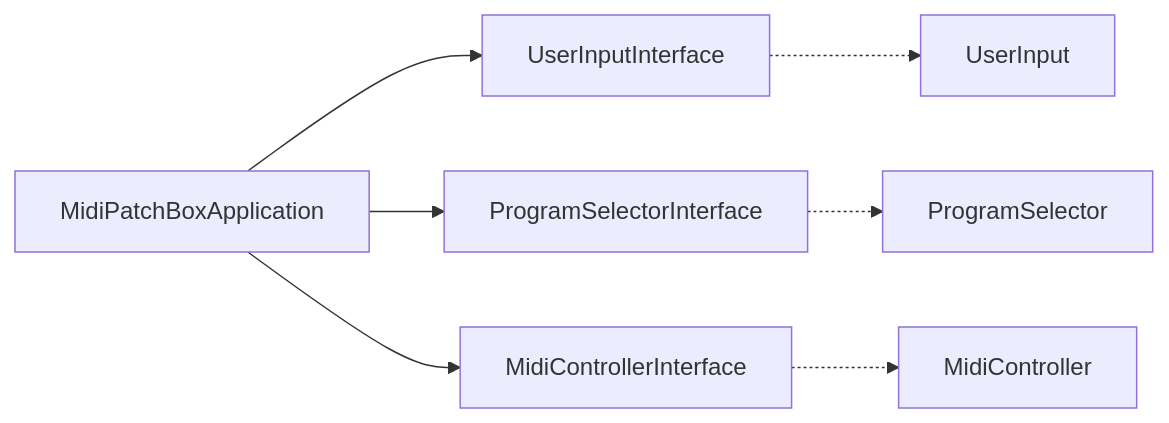
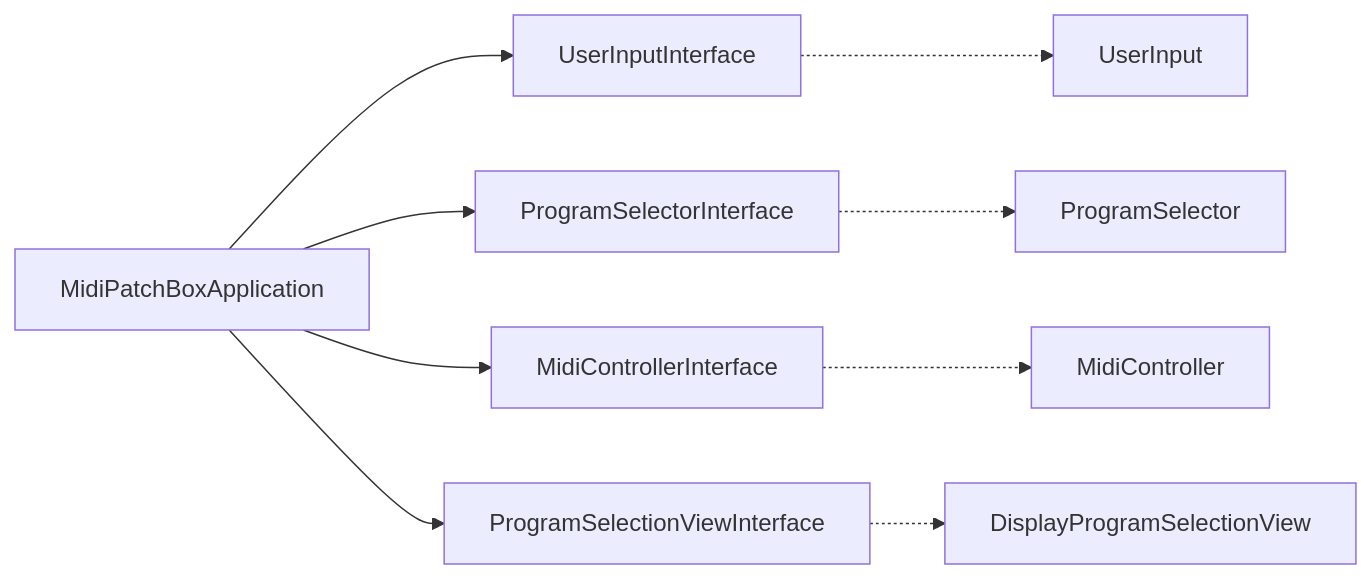
One commit to iv660/midi-patch-box changed the second of 4 diagrams in ARCHITECTURE.md. Above: the diagram before and after it, drawn with Mermaid. The commit also changed other lines of this file and 5 other files, not shown here.

Commit message:
feat: Add view implementation for SSD1306 OLED display

````diff
--- a/ARCHITECTURE.md
+++ b/ARCHITECTURE.md
@@ -163,10 +170,12 @@
 ```mermaid
 graph LR
     APP[MidiPatchBoxApplication] --> UII[UserInputInterface]
     APP --> PSI[ProgramSelectorInterface]
     APP --> MCI[MidiControllerInterface]
+    APP --> PSVI[ProgramSelectionViewInterface]
     
     UII -.-> UI[UserInput]
     PSI -.-> PS[ProgramSelector]
     MCI -.-> MC[MidiController]
+    PSVI -.-> DPSV[DisplayProgramSelectionView]
 ```
````
